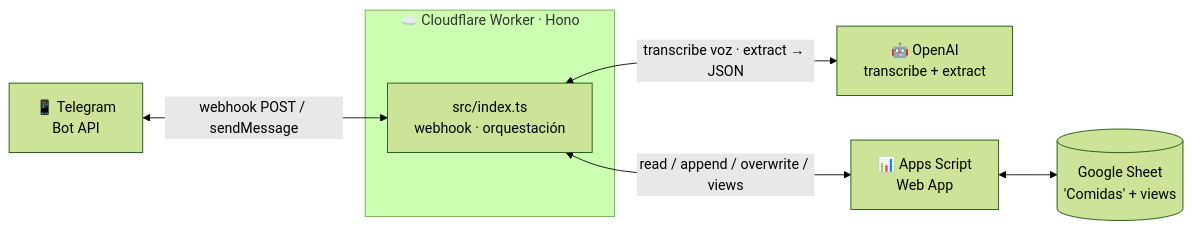
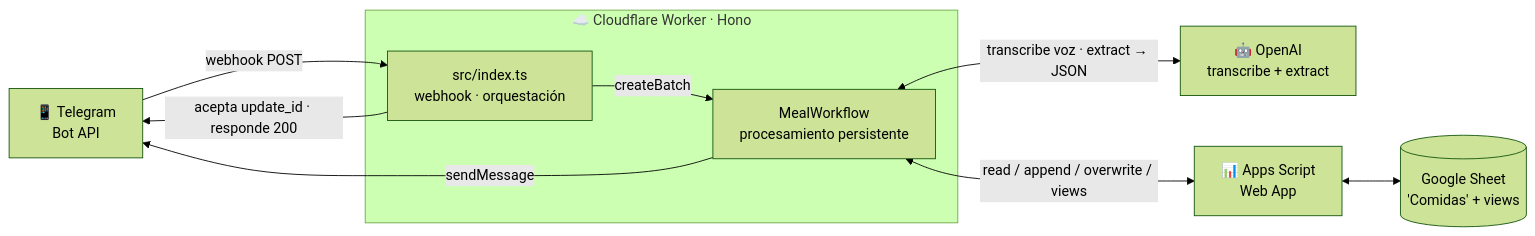
The diagram in README.md (mnPanic/meal-tracker), drawn with Mermaid (forest theme) before and after one commit. The commit also changed other lines of this file and 6 other files, not shown here.

First line of the commit message:
Process Telegram updates in a durable Workflow with a 5-minute read budget

````diff
--- a/README.md
+++ b/README.md
@@ -10,16 +10,20 @@
 ```mermaid
 graph LR
     TG[📱 Telegram<br/>Bot API]
     OAI[🤖 OpenAI<br/>transcribe + extract]
     AS[📊 Apps Script<br/>Web App]
     SH[(Google Sheet<br/>'Comidas' + views)]
 
     subgraph CF[☁️ Cloudflare Worker · Hono]
       W[src/index.ts<br/>webhook · orquestación]
+      WF[MealWorkflow<br/>procesamiento persistente]
     end
 
-    TG <-->|webhook POST / sendMessage| W
-    W <-->|transcribe voz · extract → JSON| OAI
-    W <-->|read / append / overwrite / views| AS
+    TG -->|webhook POST| W
+    W -->|acepta update_id · responde 200| TG
+    W -->|createBatch| WF
+    WF -->|sendMessage| TG
+    WF <-->|transcribe voz · extract → JSON| OAI
+    WF <-->|read / append / overwrite / views| AS
     AS <--> SH
 ```
````
